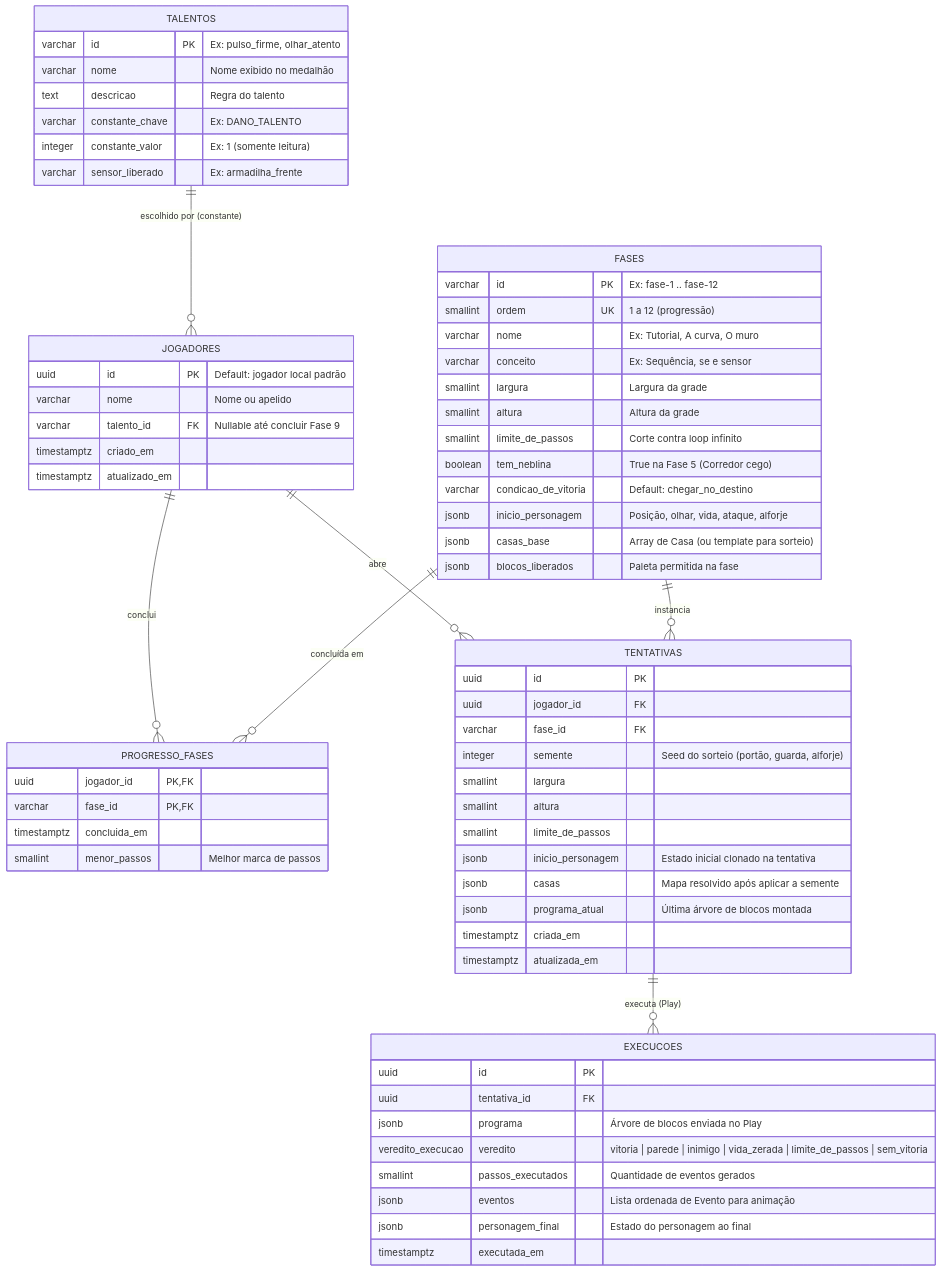
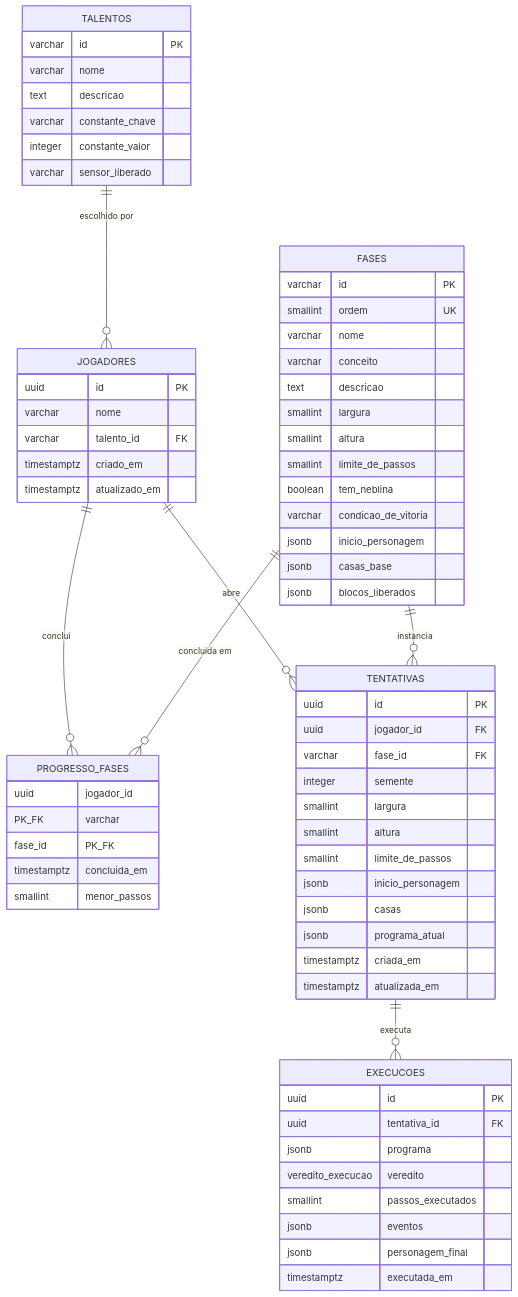
Before and after one commit to lluuiizz/Almanak: the diagram in docs/banco-de-dados.md, drawn with Mermaid. The commit also changed other lines of this file, not shown here.

````diff
--- a/docs/banco-de-dados.md
+++ b/docs/banco-de-dados.md
@@ -16,74 +14,75 @@
 ```mermaid
 erDiagram
-    TALENTOS ||--o{ JOGADORES : "escolhido por (constante)"
+    TALENTOS ||--o{ JOGADORES : "escolhido por"
     JOGADORES ||--o{ PROGRESSO_FASES : "conclui"
-    FASES ||--o{ PROGRESSO_FASES : "concluída em"
+    FASES ||--o{ PROGRESSO_FASES : "concluida em"
     JOGADORES ||--o{ TENTATIVAS : "abre"
     FASES ||--o{ TENTATIVAS : "instancia"
-    TENTATIVAS ||--o{ EXECUCOES : "executa (Play)"
+    TENTATIVAS ||--o{ EXECUCOES : "executa"
 
     TALENTOS {
-        varchar id PK "Ex: pulso_firme, olhar_atento"
-        varchar nome "Nome exibido no medalhão"
-        text descricao "Regra do talento"
-        varchar constante_chave "Ex: DANO_TALENTO"
-        integer constante_valor "Ex: 1 (somente leitura)"
-        varchar sensor_liberado "Ex: armadilha_frente"
+        varchar id PK
+        varchar nome
+        text descricao
+        varchar constante_chave
+        integer constante_valor
+        varchar sensor_liberado
     }
 
     JOGADORES {
-        uuid id PK "Default: jogador local padrão"
-        varchar nome "Nome ou apelido"
-        varchar talento_id FK "Nullable até concluir Fase 9"
+        uuid id PK
+        varchar nome
+        varchar talento_id FK
         timestamptz criado_em
         timestamptz atualizado_em
     }
 
     FASES {
-        varchar id PK "Ex: fase-1 .. fase-12"
-        smallint ordem UK "1 a 12 (progressão)"
-        varchar nome "Ex: Tutorial, A curva, O muro"
-        varchar conceito "Ex: Sequência, se e sensor"
-        smallint largura "Largura da grade"
-        smallint altura "Altura da grade"
-        smallint limite_de_passos "Corte contra loop infinito"
-        boolean tem_neblina "True na Fase 5 (Corredor cego)"
-        varchar condicao_de_vitoria "Default: chegar_no_destino"
-        jsonb inicio_personagem "Posição, olhar, vida, ataque, alforje"
-        jsonb casas_base "Array de Casa (ou template para sorteio)"
-        jsonb blocos_liberados "Paleta permitida na fase"
+        varchar id PK
+        smallint ordem UK
+        varchar nome
+        varchar conceito
+        text descricao
+        smallint largura
+        smallint altura
+        smallint limite_de_passos
+        boolean tem_neblina
+        varchar condicao_de_vitoria
+        jsonb inicio_personagem
+        jsonb casas_base
+        jsonb blocos_liberados
     }
 
     PROGRESSO_FASES {
-        uuid jogador_id PK, FK
-        varchar fase_id PK, FK
+        uuid jogador_id PK_FK
+        varchar fase_id PK_FK
         timestamptz concluida_em
-        smallint menor_passos "Melhor marca de passos"
+        smallint menor_passos
     }
 
     TENTATIVAS {
         uuid id PK
         uuid jogador_id FK
         varchar fase_id FK
-        integer semente "Seed do sorteio (portão, guarda, alforje)"
+        integer semente
         smallint largura
         smallint altura
         smallint limite_de_passos
-        jsonb inicio_personagem "Estado inicial clonado na tentativa"
-        jsonb casas "Mapa resolvido após aplicar a semente"
-        jsonb programa_atual "Última árvore de blocos montada"
+        jsonb inicio_personagem
+        jsonb casas
+        jsonb programa_atual
         timestamptz criada_em
         timestamptz atualizada_em
     }
 
     EXECUCOES {
         uuid id PK
         uuid tentativa_id FK
-        jsonb programa "Árvore de blocos enviada no Play"
-        veredito_execucao veredito "vitoria | parede | inimigo | vida_zerada | limite_de_passos | sem_vitoria"
-        smallint passos_executados "Quantidade de eventos gerados"
-        jsonb eventos "Lista ordenada de Evento para animação"
-        jsonb personagem_final "Estado do personagem ao final"
+        jsonb programa
+        veredito_execucao veredito
+        smallint passos_executados
+        jsonb eventos
+        jsonb personagem_final
         timestamptz executada_em
     }
 ```
````
